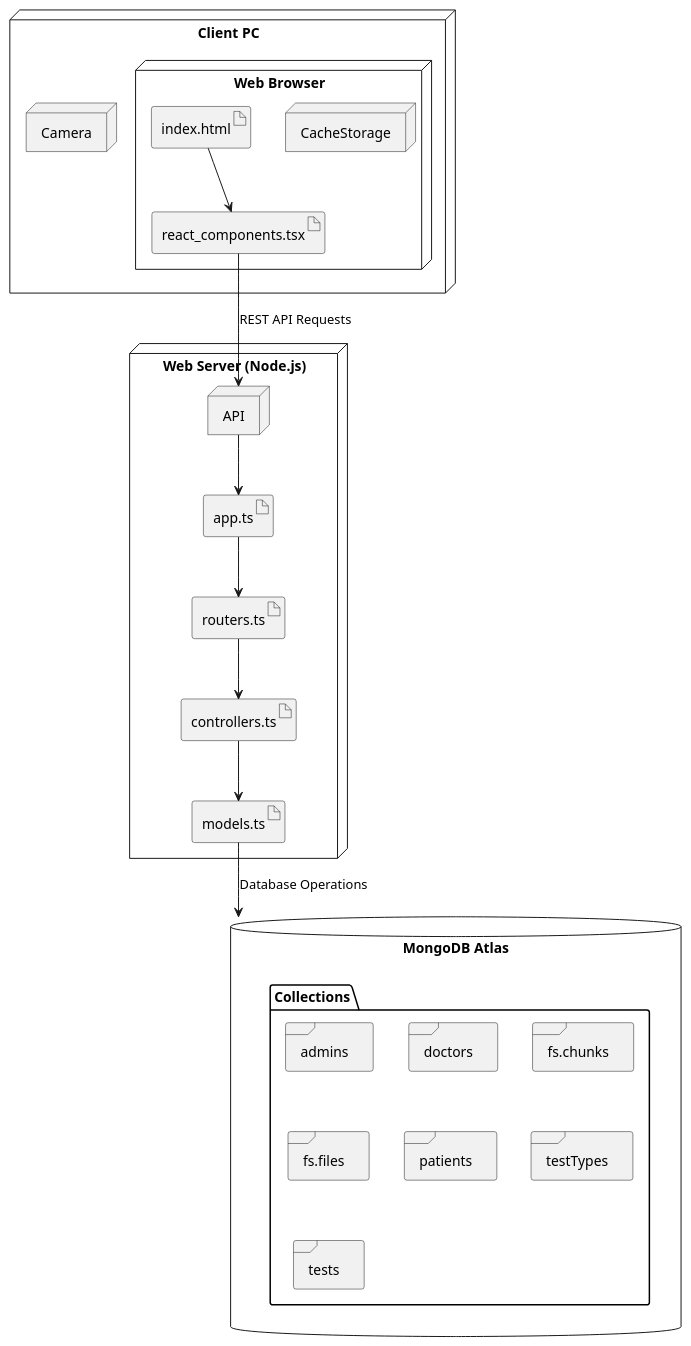
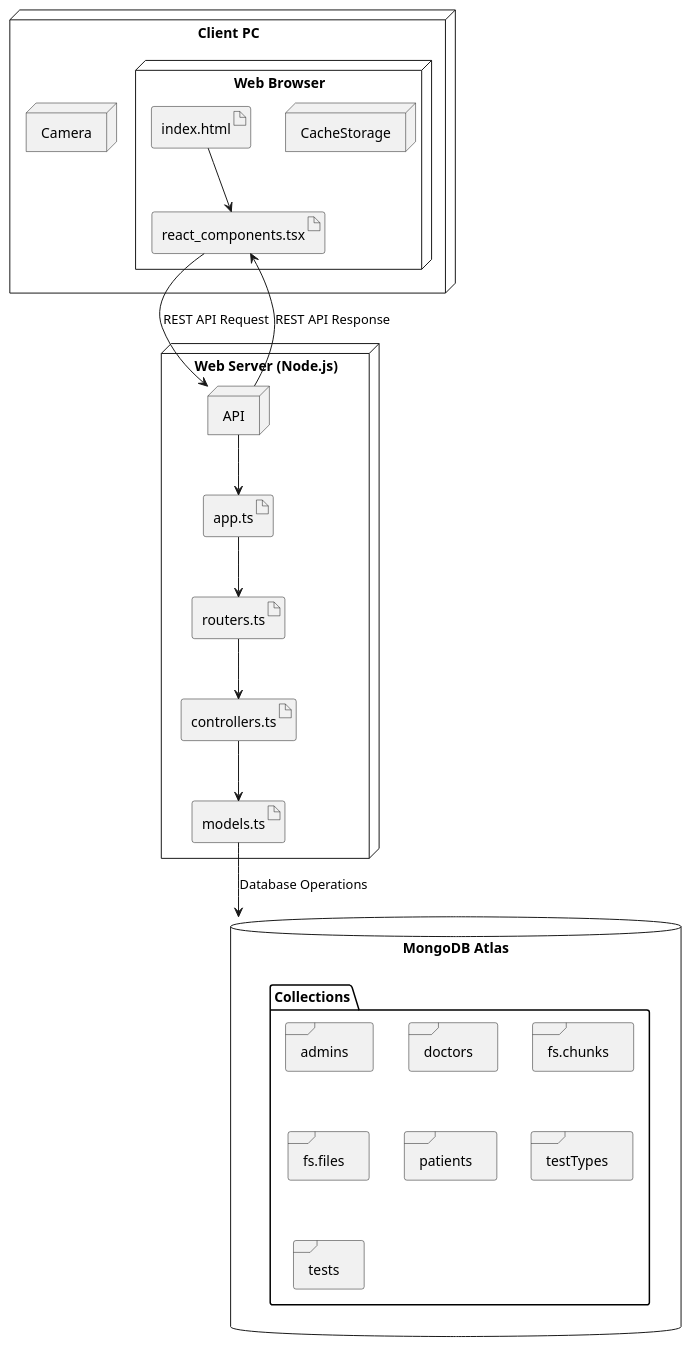
The first of 5 diagrams in templateAPP/input/appendices/03_diagramas.md (TFG-SGM/memoria), drawn with PlantUML before and after one commit. The commit also changed other lines of this file and 30 other files, not shown here.

````diff
--- a/templateAPP/input/appendices/03_diagramas.md
+++ b/templateAPP/input/appendices/03_diagramas.md
@@ -13,42 +13,43 @@
 ```{.plantuml #anexo3:diagrama-despliegue caption="Diagrama de despliegue" frame=single}
 @startuml
 
 node "Client PC" {
     node Camera
     node "Web Browser" {
         node CacheStorage
         artifact index.html
         artifact react_components.tsx
     }
 }
 
 node "Web Server (Node.js)" {  
     node API
     artifact app.ts
     artifact routers.ts
     artifact controllers.ts
     artifact models.ts
 }
 
 database "MongoDB Atlas" as mongodb {
     folder "Collections" {
         frame "admins"
         frame "doctors"
         frame "fs.chunks"
         frame "fs.files"
         frame "patients"
         frame "testTypes"
         frame "tests"
     }
 }
 
 index.html --> react_components.tsx 
-react_components.tsx --> API : REST API Requests
+react_components.tsx --> API : REST API Request
+API --> react_components.tsx  : REST API Response
 API --> app.ts 
 app.ts --> routers.ts 
 routers.ts --> controllers.ts 
 controllers.ts --> models.ts 
 models.ts --> mongodb : Database Operations
 
 @enduml
 ```
````
